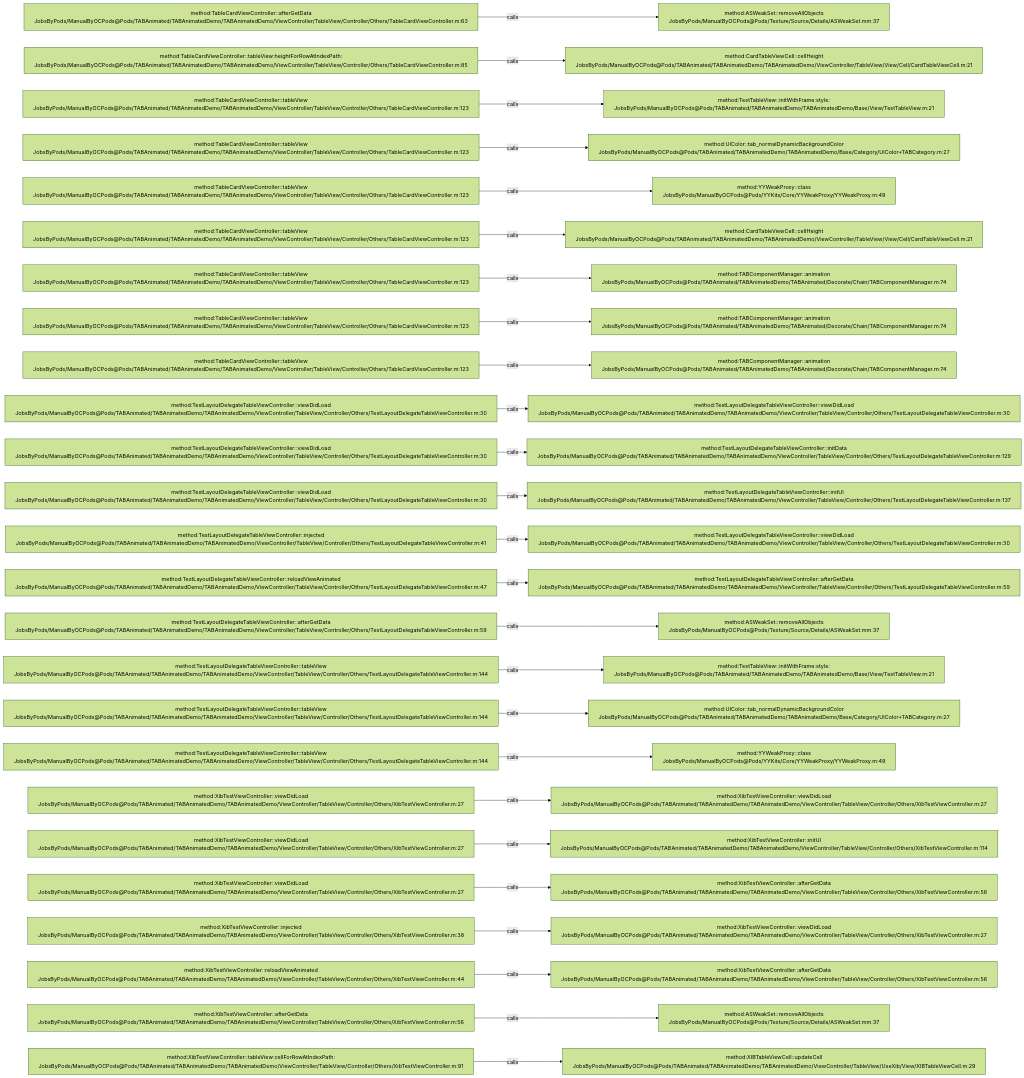
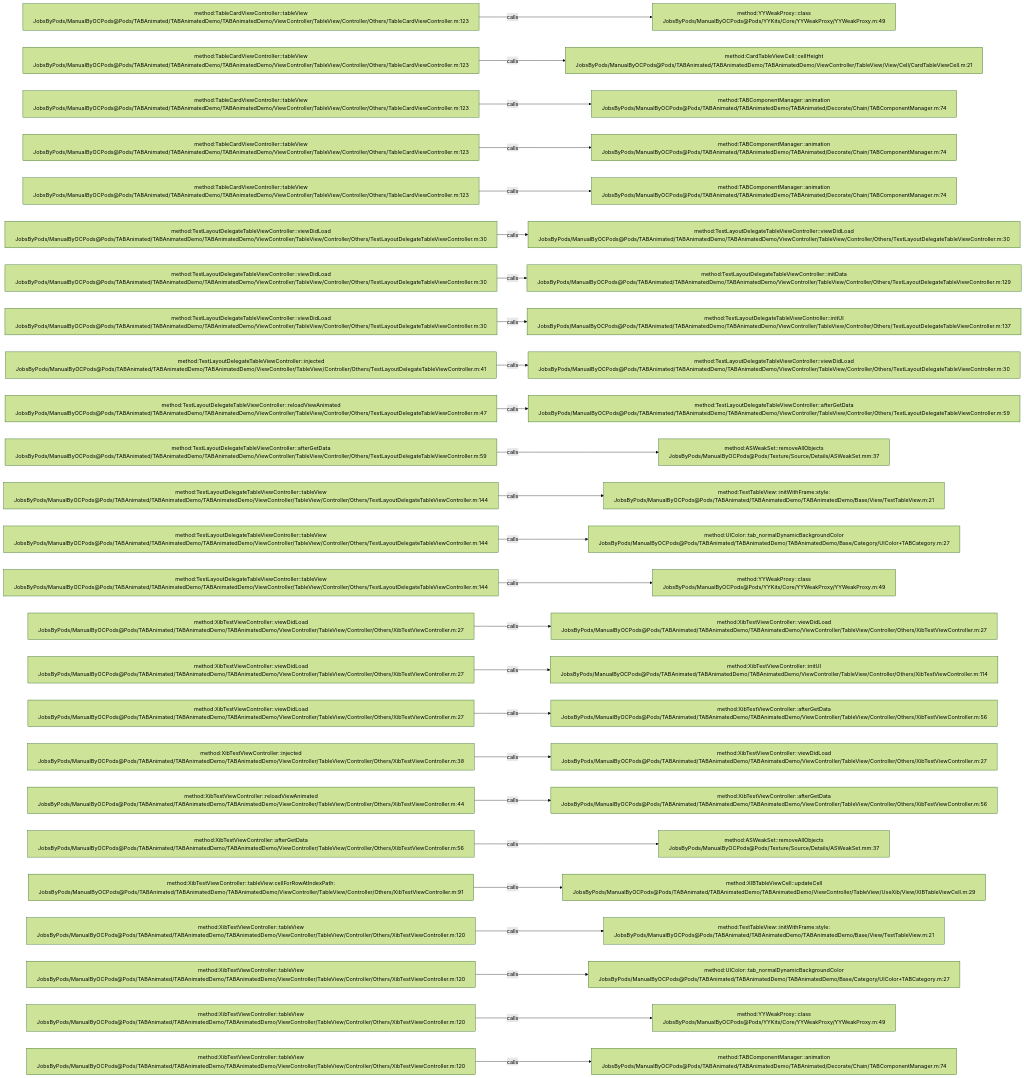
The diagram in .codegraph/codegraph.md/graphs/calls-057.md (JobsKits/JobsOCBaseConfigDemo), drawn with Mermaid (forest theme) before and after one commit. The commit also changed 727 other files, not shown here.

````diff
--- a/.codegraph/codegraph.md/graphs/calls-057.md
+++ b/.codegraph/codegraph.md/graphs/calls-057.md
@@ -13,78 +13,78 @@
 ```mermaid
 flowchart LR
-  S1["method:TableCardViewController::afterGetData<br/>JobsByPods/ManualByOCPods@Pods/TABAnimated/TABAnimatedDemo/TABAnimatedDemo/ViewController/TableView/Controller/Others/TableCardViewController.m:63"]
-  T1["method:ASWeakSet::removeAllObjects<br/>JobsByPods/ManualByOCPods@Pods/Texture/Source/Details/ASWeakSet.mm:37"]
+  S1["method:TableCardViewController::tableView<br/>JobsByPods/ManualByOCPods@Pods/TABAnimated/TABAnimatedDemo/TABAnimatedDemo/ViewController/TableView/Controller/Others/TableCardViewController.m:123"]
+  T1["method:YYWeakProxy::class<br/>JobsByPods/ManualByOCPods@Pods/YYKits/Core/YYWeakProxy/YYWeakProxy.m:49"]
   S1 -->|calls| T1
-  S2["method:TableCardViewController::tableView:heightForRowAtIndexPath:<br/>JobsByPods/ManualByOCPods@Pods/TABAnimated/TABAnimatedDemo/TABAnimatedDemo/ViewController/TableView/Controller/Others/TableCardViewController.m:85"]
+  S2["method:TableCardViewController::tableView<br/>JobsByPods/ManualByOCPods@Pods/TABAnimated/TABAnimatedDemo/TABAnimatedDemo/ViewController/TableView/Controller/Others/TableCardViewController.m:123"]
   T2["method:CardTableViewCell::cellHeight<br/>JobsByPods/ManualByOCPods@Pods/TABAnimated/TABAnimatedDemo/TABAnimatedDemo/ViewController/TableView/View/Cell/CardTableViewCell.m:21"]
   S2 -->|calls| T2
   S3["method:TableCardViewController::tableView<br/>JobsByPods/ManualByOCPods@Pods/TABAnimated/TABAnimatedDemo/TABAnimatedDemo/ViewController/TableView/Controller/Others/TableCardViewController.m:123"]
-  T3["method:TestTableView::initWithFrame:style:<br/>JobsByPods/ManualByOCPods@Pods/TABAnimated/TABAnimatedDemo/TABAnimatedDemo/Base/View/TestTableView.m:21"]
+  T3["method:TABComponentManager::animation<br/>JobsByPods/ManualByOCPods@Pods/TABAnimated/TABAnimatedDemo/TABAnimated/Decorate/Chain/TABComponentManager.m:74"]
   S3 -->|calls| T3
   S4["method:TableCardViewController::tableView<br/>JobsByPods/ManualByOCPods@Pods/TABAnimated/TABAnimatedDemo/TABAnimatedDemo/ViewController/TableView/Controller/Others/TableCardViewController.m:123"]
-  T4["method:UIColor::tab_normalDynamicBackgroundColor<br/>JobsByPods/ManualByOCPods@Pods/TABAnimated/TABAnimatedDemo/TABAnimatedDemo/Base/Category/UIColor+TABCategory.m:27"]
+  T4["method:TABComponentManager::animation<br/>JobsByPods/ManualByOCPods@Pods/TABAnimated/TABAnimatedDemo/TABAnimated/Decorate/Chain/TABComponentManager.m:74"]
   S4 -->|calls| T4
   S5["method:TableCardViewController::tableView<br/>JobsByPods/ManualByOCPods@Pods/TABAnimated/TABAnimatedDemo/TABAnimatedDemo/ViewController/TableView/Controller/Others/TableCardViewController.m:123"]
-  T5["method:YYWeakProxy::class<br/>JobsByPods/ManualByOCPods@Pods/YYKits/Core/YYWeakProxy/YYWeakProxy.m:49"]
+  T5["method:TABComponentManager::animation<br/>JobsByPods/ManualByOCPods@Pods/TABAnimated/TABAnimatedDemo/TABAnimated/Decorate/Chain/TABComponentManager.m:74"]
   S5 -->|calls| T5
-  S6["method:TableCardViewController::tableView<br/>JobsByPods/ManualByOCPods@Pods/TABAnimated/TABAnimatedDemo/TABAnimatedDemo/ViewController/TableView/Controller/Others/TableCardViewController.m:123"]
-  T6["method:CardTableViewCell::cellHeight<br/>JobsByPods/ManualByOCPods@Pods/TABAnimated/TABAnimatedDemo/TABAnimatedDemo/ViewController/TableView/View/Cell/CardTableViewCell.m:21"]
+  S6["method:TestLayoutDelegateTableViewController::viewDidLoad<br/>JobsByPods/ManualByOCPods@Pods/TABAnimated/TABAnimatedDemo/TABAnimatedDemo/ViewController/TableView/Controller/Others/TestLayoutDelegateTableViewController.m:30"]
+  T6["method:TestLayoutDelegateTableViewController::viewDidLoad<br/>JobsByPods/ManualByOCPods@Pods/TABAnimated/TABAnimatedDemo/TABAnimatedDemo/ViewController/TableView/Controller/Others/TestLayoutDelegateTableViewController.m:30"]
   S6 -->|calls| T6
-  S7["method:TableCardViewController::tableView<br/>JobsByPods/ManualByOCPods@Pods/TABAnimated/TABAnimatedDemo/TABAnimatedDemo/ViewController/TableView/Controller/Others/TableCardViewController.m:123"]
-  T7["method:TABComponentManager::animation<br/>JobsByPods/ManualByOCPods@Pods/TABAnimated/TABAnimatedDemo/TABAnimated/Decorate/Chain/TABComponentManager.m:74"]
+  S7["method:TestLayoutDelegateTableViewController::viewDidLoad<br/>JobsByPods/ManualByOCPods@Pods/TABAnimated/TABAnimatedDemo/TABAnimatedDemo/ViewController/TableView/Controller/Others/TestLayoutDelegateTableViewController.m:30"]
+  T7["method:TestLayoutDelegateTableViewController::initData<br/>JobsByPods/ManualByOCPods@Pods/TABAnimated/TABAnimatedDemo/TABAnimatedDemo/ViewController/TableView/Controller/Others/TestLayoutDelegateTableViewController.m:129"]
   S7 -->|calls| T7
-  S8["method:TableCardViewController::tableView<br/>JobsByPods/ManualByOCPods@Pods/TABAnimated/TABAnimatedDemo/TABAnimatedDemo/ViewController/TableView/Controller/Others/TableCardViewController.m:123"]
-  T8["method:TABComponentManager::animation<br/>JobsByPods/ManualByOCPods@Pods/TABAnimated/TABAnimatedDemo/TABAnimated/Decorate/Chain/TABComponentManager.m:74"]
+  S8["method:TestLayoutDelegateTableViewController::viewDidLoad<br/>JobsByPods/ManualByOCPods@Pods/TABAnimated/TABAnimatedDemo/TABAnimatedDemo/ViewController/TableView/Controller/Others/TestLayoutDelegateTableViewController.m:30"]
+  T8["method:TestLayoutDelegateTableViewController::initUI<br/>JobsByPods/ManualByOCPods@Pods/TABAnimated/TABAnimatedDemo/TABAnimatedDemo/ViewController/TableView/Controller/Others/TestLayoutDelegateTableViewController.m:137"]
   S8 -->|calls| T8
-  S9["method:TableCardViewController::tableView<br/>JobsByPods/ManualByOCPods@Pods/TABAnimated/TABAnimatedDemo/TABAnimatedDemo/ViewController/TableView/Controller/Others/TableCardViewController.m:123"]
-  T9["method:TABComponentManager::animation<br/>JobsByPods/ManualByOCPods@Pods/TABAnimated/TABAnimatedDemo/TABAnimated/Decorate/Chain/TABComponentManager.m:74"]
+  S9["method:TestLayoutDelegateTableViewController::injected<br/>JobsByPods/ManualByOCPods@Pods/TABAnimated/TABAnimatedDemo/TABAnimatedDemo/ViewController/TableView/Controller/Others/TestLayoutDelegateTableViewController.m:41"]
+  T9["method:TestLayoutDelegateTableViewController::viewDidLoad<br/>JobsByPods/ManualByOCPods@Pods/TABAnimated/TABAnimatedDemo/TABAnimatedDemo/ViewController/TableView/Controller/Others/TestLayoutDelegateTableViewController.m:30"]
   S9 -->|calls| T9
-  S10["method:TestLayoutDelegateTableViewController::viewDidLoad<br/>JobsByPods/ManualByOCPods@Pods/TABAnimated/TABAnimatedDemo/TABAnimatedDemo/ViewController/TableView/Controller/Others/TestLayoutDelegateTableViewController.m:30"]
-  T10["method:TestLayoutDelegateTableViewController::viewDidLoad<br/>JobsByPods/ManualByOCPods@Pods/TABAnimated/TABAnimatedDemo/TABAnimatedDemo/ViewController/TableView/Controller/Others/TestLayoutDelegateTableViewController.m:30"]
+  S10["method:TestLayoutDelegateTableViewController::reloadViewAnimated<br/>JobsByPods/ManualByOCPods@Pods/TABAnimated/TABAnimatedDemo/TABAnimatedDemo/ViewController/TableView/Controller/Others/TestLayoutDelegateTableViewController.m:47"]
+  T10["method:TestLayoutDelegateTableViewController::afterGetData<br/>JobsByPods/ManualByOCPods@Pods/TABAnimated/TABAnimatedDemo/TABAnimatedDemo/ViewController/TableView/Controller/Others/TestLayoutDelegateTableViewController.m:59"]
   S10 -->|calls| T10
-  S11["method:TestLayoutDelegateTableViewController::viewDidLoad<br/>JobsByPods/ManualByOCPods@Pods/TABAnimated/TABAnimatedDemo/TABAnimatedDemo/ViewController/TableView/Controller/Others/TestLayoutDelegateTableViewController.m:30"]
-  T11["method:TestLayoutDelegateTableViewController::initData<br/>JobsByPods/ManualByOCPods@Pods/TABAnimated/TABAnimatedDemo/TABAnimatedDemo/ViewController/TableView/Controller/Others/TestLayoutDelegateTableViewController.m:129"]
+  S11["method:TestLayoutDelegateTableViewController::afterGetData<br/>JobsByPods/ManualByOCPods@Pods/TABAnimated/TABAnimatedDemo/TABAnimatedDemo/ViewController/TableView/Controller/Others/TestLayoutDelegateTableViewController.m:59"]
+  T11["method:ASWeakSet::removeAllObjects<br/>JobsByPods/ManualByOCPods@Pods/Texture/Source/Details/ASWeakSet.mm:37"]
   S11 -->|calls| T11
-  S12["method:TestLayoutDelegateTableViewController::viewDidLoad<br/>JobsByPods/ManualByOCPods@Pods/TABAnimated/TABAnimatedDemo/TABAnimatedDemo/ViewController/TableView/Controller/Others/TestLayoutDelegateTableViewController.m:30"]
-  T12["method:TestLayoutDelegateTableViewController::initUI<br/>JobsByPods/ManualByOCPods@Pods/TABAnimated/TABAnimatedDemo/TABAnimatedDemo/ViewController/TableView/Controller/Others/TestLayoutDelegateTableViewController.m:137"]
+  S12["method:TestLayoutDelegateTableViewController::tableView<br/>JobsByPods/ManualByOCPods@Pods/TABAnimated/TABAnimatedDemo/TABAnimatedDemo/ViewController/TableView/Controller/Others/TestLayoutDelegateTableViewController.m:144"]
+  T12["method:TestTableView::initWithFrame:style:<br/>JobsByPods/ManualByOCPods@Pods/TABAnimated/TABAnimatedDemo/TABAnimatedDemo/Base/View/TestTableView.m:21"]
   S12 -->|calls| T12
-  S13["method:TestLayoutDelegateTableViewController::injected<br/>JobsByPods/ManualByOCPods@Pods/TABAnimated/TABAnimatedDemo/TABAnimatedDemo/ViewController/TableView/Controller/Others/TestLayoutDelegateTableViewController.m:41"]
-  T13["method:TestLayoutDelegateTableViewController::viewDidLoad<br/>JobsByPods/ManualByOCPods@Pods/TABAnimated/TABAnimatedDemo/TABAnimatedDemo/ViewController/TableView/Controller/Others/TestLayoutDelegateTableViewController.m:30"]
+  S13["method:TestLayoutDelegateTableViewController::tableView<br/>JobsByPods/ManualByOCPods@Pods/TABAnimated/TABAnimatedDemo/TABAnimatedDemo/ViewController/TableView/Controller/Others/TestLayoutDelegateTableViewController.m:144"]
+  T13["method:UIColor::tab_normalDynamicBackgroundColor<br/>JobsByPods/ManualByOCPods@Pods/TABAnimated/TABAnimatedDemo/TABAnimatedDemo/Base/Category/UIColor+TABCategory.m:27"]
   S13 -->|calls| T13
-  S14["method:TestLayoutDelegateTableViewController::reloadViewAnimated<br/>JobsByPods/ManualByOCPods@Pods/TABAnimated/TABAnimatedDemo/TABAnimatedDemo/ViewController/TableView/Controller/Others/TestLayoutDelegateTableViewController.m:47"]
-  T14["method:TestLayoutDelegateTableViewController::afterGetData<br/>JobsByPods/ManualByOCPods@Pods/TABAnimated/TABAnimatedDemo/TABAnimatedDemo/ViewController/TableView/Controller/Others/TestLayoutDelegateTableViewController.m:59"]
+  S14["method:TestLayoutDelegateTableViewController::tableView<br/>JobsByPods/ManualByOCPods@Pods/TABAnimated/TABAnimatedDemo/TABAnimatedDemo/ViewController/TableView/Controller/Others/TestLayoutDelegateTableViewController.m:144"]
+  T14["method:YYWeakProxy::class<br/>JobsByPods/ManualByOCPods@Pods/YYKits/Core/YYWeakProxy/YYWeakProxy.m:49"]
   S14 -->|calls| T14
-  S15["method:TestLayoutDelegateTableViewController::afterGetData<br/>JobsByPods/ManualByOCPods@Pods/TABAnimated/TABAnimatedDemo/TABAnimatedDemo/ViewController/TableView/Controller/Others/TestLayoutDelegateTableViewController.m:59"]
-  T15["method:ASWeakSet::removeAllObjects<br/>JobsByPods/ManualByOCPods@Pods/Texture/Source/Details/ASWeakSet.mm:37"]
+  S15["method:XibTestViewController::viewDidLoad<br/>JobsByPods/ManualByOCPods@Pods/TABAnimated/TABAnimatedDemo/TABAnimatedDemo/ViewController/TableView/Controller/Others/XibTestViewController.m:27"]
+  T15["method:XibTestViewController::viewDidLoad<br/>JobsByPods/ManualByOCPods@Pods/TABAnimated/TABAnimatedDemo/TABAnimatedDemo/ViewController/TableView/Controller/Others/XibTestViewController.m:27"]
   S15 -->|calls| T15
-  S16["method:TestLayoutDelegateTableViewController::tableView<br/>JobsByPods/ManualByOCPods@Pods/TABAnimated/TABAnimatedDemo/TABAnimatedDemo/ViewController/TableView/Controller/Others/TestLayoutDelegateTableViewController.m:144"]
-  T16["method:TestTableView::initWithFrame:style:<br/>JobsByPods/ManualByOCPods@Pods/TABAnimated/TABAnimatedDemo/TABAnimatedDemo/Base/View/TestTableView.m:21"]
+  S16["method:XibTestViewController::viewDidLoad<br/>JobsByPods/ManualByOCPods@Pods/TABAnimated/TABAnimatedDemo/TABAnimatedDemo/ViewController/TableView/Controller/Others/XibTestViewController.m:27"]
+  T16["method:XibTestViewController::initUI<br/>JobsByPods/ManualByOCPods@Pods/TABAnimated/TABAnimatedDemo/TABAnimatedDemo/ViewController/TableView/Controller/Others/XibTestViewController.m:114"]
   S16 -->|calls| T16
-  S17["method:TestLayoutDelegateTableViewController::tableView<br/>JobsByPods/ManualByOCPods@Pods/TABAnimated/TABAnimatedDemo/TABAnimatedDemo/ViewController/TableView/Controller/Others/TestLayoutDelegateTableViewController.m:144"]
-  T17["method:UIColor::tab_normalDynamicBackgroundColor<br/>JobsByPods/ManualByOCPods@Pods/TABAnimated/TABAnimatedDemo/TABAnimatedDemo/Base/Category/UIColor+TABCategory.m:27"]
+  S17["method:XibTestViewController::viewDidLoad<br/>JobsByPods/ManualByOCPods@Pods/TABAnimated/TABAnimatedDemo/TABAnimatedDemo/ViewController/TableView/Controller/Others/XibTestViewController.m:27"]
+  T17["method:XibTestViewController::afterGetData<br/>JobsByPods/ManualByOCPods@Pods/TABAnimated/TABAnimatedDemo/TABAnimatedDemo/ViewController/TableView/Controller/Others/XibTestViewController.m:56"]
   S17 -->|calls| T17
-  S18["method:TestLayoutDelegateTableViewController::tableView<br/>JobsByPods/ManualByOCPods@Pods/TABAnimated/TABAnimatedDemo/TABAnimatedDemo/ViewController/TableView/Controller/Others/TestLayoutDelegateTableViewController.m:144"]
-  T18["method:YYWeakProxy::class<br/>JobsByPods/ManualByOCPods@Pods/YYKits/Core/YYWeakProxy/YYWeakProxy.m:49"]
+  S18["method:XibTestViewController::injected<br/>JobsByPods/ManualByOCPods@Pods/TABAnimated/TABAnimatedDemo/TABAnimatedDemo/ViewController/TableView/Controller/Others/XibTestViewController.m:38"]
+  T18["method:XibTestViewController::viewDidLoad<br/>JobsByPods/ManualByOCPods@Pods/TABAnimated/TABAnimatedDemo/TABAnimatedDemo/ViewController/TableView/Controller/Others/XibTestViewController.m:27"]
   S18 -->|calls| T18
-  S19["method:XibTestViewController::viewDidLoad<br/>JobsByPods/ManualByOCPods@Pods/TABAnimated/TABAnimatedDemo/TABAnimatedDemo/ViewController/TableView/Controller/Others/XibTestViewController.m:27"]
-  T19["method:XibTestViewController::viewDidLoad<br/>JobsByPods/ManualByOCPods@Pods/TABAnimated/TABAnimatedDemo/TABAnimatedDemo/ViewController/TableView/Controller/Others/XibTestViewController.m:27"]
+  S19["method:XibTestViewController::reloadViewAnimated<br/>JobsByPods/ManualByOCPods@Pods/TABAnimated/TABAnimatedDemo/TABAnimatedDemo/ViewController/TableView/Controller/Others/XibTestViewController.m:44"]
+  T19["method:XibTestViewController::afterGetData<br/>JobsByPods/ManualByOCPods@Pods/TABAnimated/TABAnimatedDemo/TABAnimatedDemo/ViewController/TableView/Controller/Others/XibTestViewController.m:56"]
   S19 -->|calls| T19
-  S20["method:XibTestViewController::viewDidLoad<br/>JobsByPods/ManualByOCPods@Pods/TABAnimated/TABAnimatedDemo/TABAnimatedDemo/ViewController/TableView/Controller/Others/XibTestViewController.m:27"]
-  T20["method:XibTestViewController::initUI<br/>JobsByPods/ManualByOCPods@Pods/TABAnimated/TABAnimatedDemo/TABAnimatedDemo/ViewController/TableView/Controller/Others/XibTestViewController.m:114"]
+  S20["method:XibTestViewController::afterGetData<br/>JobsByPods/ManualByOCPods@Pods/TABAnimated/TABAnimatedDemo/TABAnimatedDemo/ViewController/TableView/Controller/Others/XibTestViewController.m:56"]
+  T20["method:ASWeakSet::removeAllObjects<br/>JobsByPods/ManualByOCPods@Pods/Texture/Source/Details/ASWeakSet.mm:37"]
   S20 -->|calls| T20
-  S21["method:XibTestViewController::viewDidLoad<br/>JobsByPods/ManualByOCPods@Pods/TABAnimated/TABAnimatedDemo/TABAnimatedDemo/ViewController/TableView/Controller/Others/XibTestViewController.m:27"]
-  T21["method:XibTestViewController::afterGetData<br/>JobsByPods/ManualByOCPods@Pods/TABAnimated/TABAnimatedDemo/TABAnimatedDemo/ViewController/TableView/Controller/Others/XibTestViewController.m:56"]
+  S21["method:XibTestViewController::tableView:cellForRowAtIndexPath:<br/>JobsByPods/ManualByOCPods@Pods/TABAnimated/TABAnimatedDemo/TABAnimatedDemo/ViewController/TableView/Controller/Others/XibTestViewController.m:91"]
+  T21["method:XIBTableViewCell::updateCell<br/>JobsByPods/ManualByOCPods@Pods/TABAnimated/TABAnimatedDemo/TABAnimatedDemo/ViewController/TableView/UseXib/View/XIBTableViewCell.m:29"]
   S21 -->|calls| T21
-  S22["method:XibTestViewController::injected<br/>JobsByPods/ManualByOCPods@Pods/TABAnimated/TABAnimatedDemo/TABAnimatedDemo/ViewController/TableView/Controller/Others/XibTestViewController.m:38"]
-  T22["method:XibTestViewController::viewDidLoad<br/>JobsByPods/ManualByOCPods@Pods/TABAnimated/TABAnimatedDemo/TABAnimatedDemo/ViewController/TableView/Controller/Others/XibTestViewController.m:27"]
+  S22["method:XibTestViewController::tableView<br/>JobsByPods/ManualByOCPods@Pods/TABAnimated/TABAnimatedDemo/TABAnimatedDemo/ViewController/TableView/Controller/Others/XibTestViewController.m:120"]
+  T22["method:TestTableView::initWithFrame:style:<br/>JobsByPods/ManualByOCPods@Pods/TABAnimated/TABAnimatedDemo/TABAnimatedDemo/Base/View/TestTableView.m:21"]
   S22 -->|calls| T22
-  S23["method:XibTestViewController::reloadViewAnimated<br/>JobsByPods/ManualByOCPods@Pods/TABAnimated/TABAnimatedDemo/TABAnimatedDemo/ViewController/TableView/Controller/Others/XibTestViewController.m:44"]
-  T23["method:XibTestViewController::afterGetData<br/>JobsByPods/ManualByOCPods@Pods/TABAnimated/TABAnimatedDemo/TABAnimatedDemo/ViewController/TableView/Controller/Others/XibTestViewController.m:56"]
+  S23["method:XibTestViewController::tableView<br/>JobsByPods/ManualByOCPods@Pods/TABAnimated/TABAnimatedDemo/TABAnimatedDemo/ViewController/TableView/Controller/Others/XibTestViewController.m:120"]
+  T23["method:UIColor::tab_normalDynamicBackgroundColor<br/>JobsByPods/ManualByOCPods@Pods/TABAnimated/TABAnimatedDemo/TABAnimatedDemo/Base/Category/UIColor+TABCategory.m:27"]
   S23 -->|calls| T23
-  S24["method:XibTestViewController::afterGetData<br/>JobsByPods/ManualByOCPods@Pods/TABAnimated/TABAnimatedDemo/TABAnimatedDemo/ViewController/TableView/Controller/Others/XibTestViewController.m:56"]
-  T24["method:ASWeakSet::removeAllObjects<br/>JobsByPods/ManualByOCPods@Pods/Texture/Source/Details/ASWeakSet.mm:37"]
+  S24["method:XibTestViewController::tableView<br/>JobsByPods/ManualByOCPods@Pods/TABAnimated/TABAnimatedDemo/TABAnimatedDemo/ViewController/TableView/Controller/Others/XibTestViewController.m:120"]
+  T24["method:YYWeakProxy::class<br/>JobsByPods/ManualByOCPods@Pods/YYKits/Core/YYWeakProxy/YYWeakProxy.m:49"]
   S24 -->|calls| T24
-  S25["method:XibTestViewController::tableView:cellForRowAtIndexPath:<br/>JobsByPods/ManualByOCPods@Pods/TABAnimated/TABAnimatedDemo/TABAnimatedDemo/ViewController/TableView/Controller/Others/XibTestViewController.m:91"]
-  T25["method:XIBTableViewCell::updateCell<br/>JobsByPods/ManualByOCPods@Pods/TABAnimated/TABAnimatedDemo/TABAnimatedDemo/ViewController/TableView/UseXib/View/XIBTableViewCell.m:29"]
+  S25["method:XibTestViewController::tableView<br/>JobsByPods/ManualByOCPods@Pods/TABAnimated/TABAnimatedDemo/TABAnimatedDemo/ViewController/TableView/Controller/Others/XibTestViewController.m:120"]
+  T25["method:TABComponentManager::animation<br/>JobsByPods/ManualByOCPods@Pods/TABAnimated/TABAnimatedDemo/TABAnimated/Decorate/Chain/TABComponentManager.m:74"]
   S25 -->|calls| T25
 ```
````
